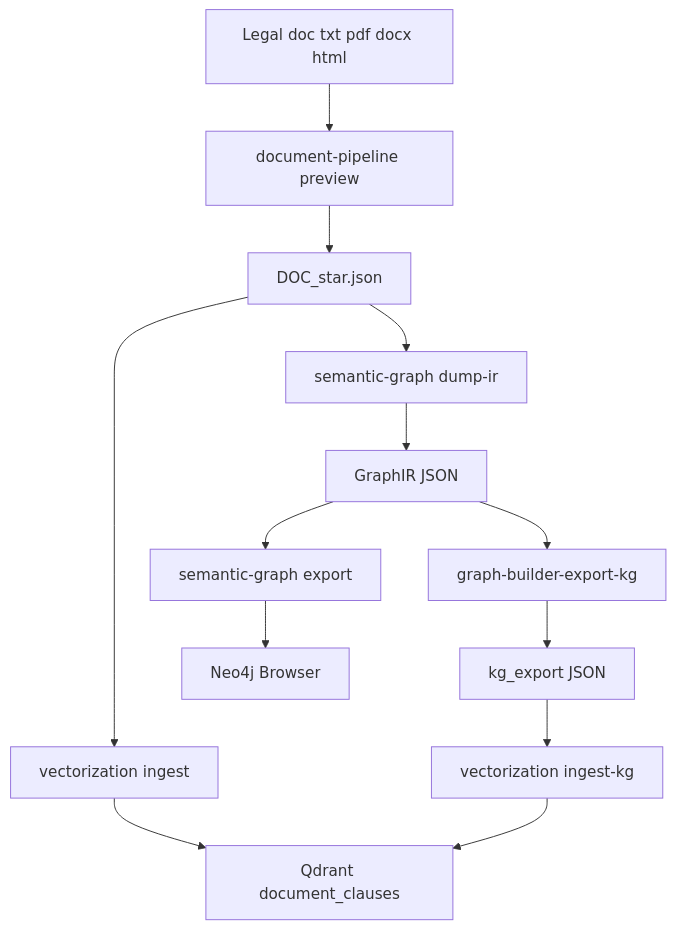
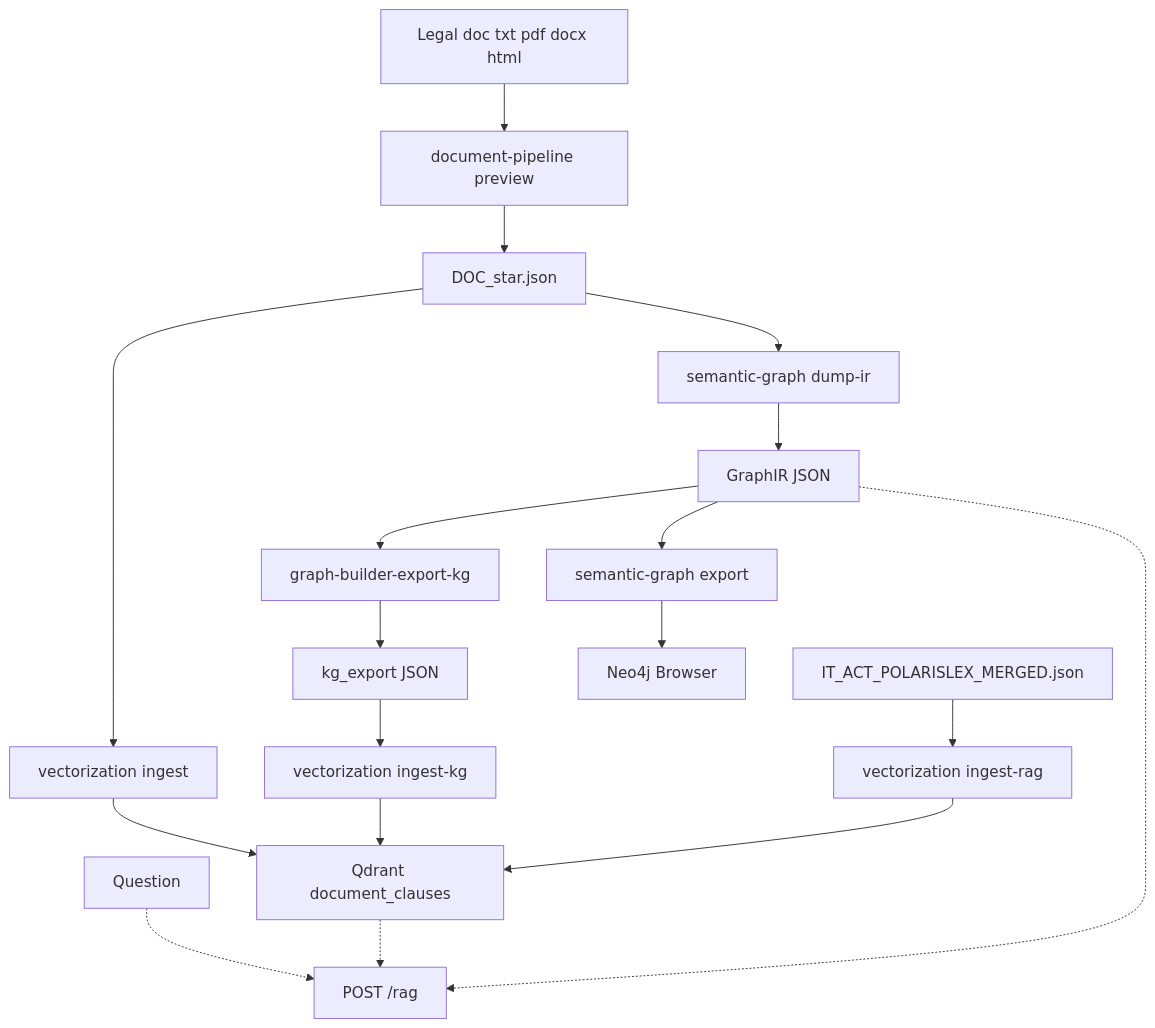
One commit to SohamSurve22/PolarisTest changed the first of 5 diagrams in ARCHITECTURE.md. Above: the diagram before and after it, drawn with Mermaid. The commit also changed other lines of this file and 55 other files, not shown here.

````diff
--- a/ARCHITECTURE.md
+++ b/ARCHITECTURE.md
@@ -29,20 +30,28 @@
 ```mermaid
 flowchart TB
   src[Legal doc txt pdf docx html]
   preview[document-pipeline preview]
   json[DOC_star.json]
   vec[vectorization ingest]
   qdrant[Qdrant document_clauses]
   dumpir[semantic-graph dump-ir]
   ir[GraphIR JSON]
   exportkg[graph-builder-export-kg]
   kgjson[kg_export JSON]
   ingestkg[vectorization ingest-kg]
+  merged[IT_ACT_POLARISLEX_MERGED.json]
+  ingestrag[vectorization ingest-rag]
   neo[semantic-graph export]
   neo4j[Neo4j Browser]
+  question[Question]
+  rag[POST /rag]
   src --> preview --> json
   json --> vec --> qdrant
   json --> dumpir --> ir
   ir --> exportkg --> kgjson --> ingestkg --> qdrant
   ir --> neo --> neo4j
+  merged --> ingestrag --> qdrant
+  question -.-> rag
+  qdrant -.-> rag
+  ir -.-> rag
 ```
````
